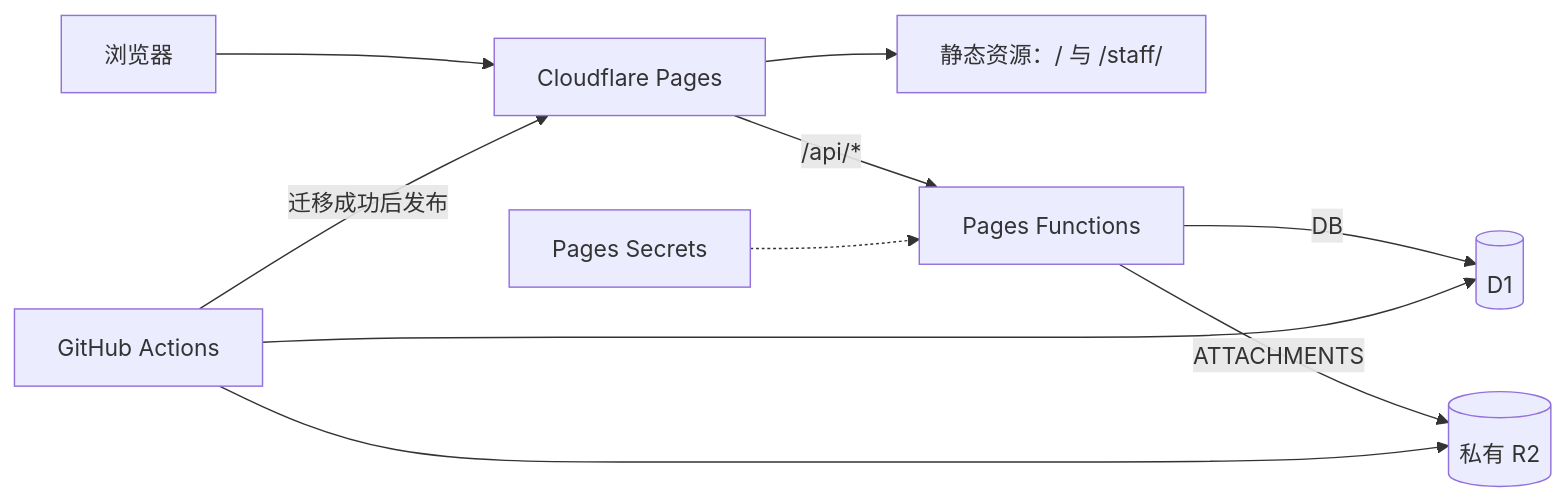
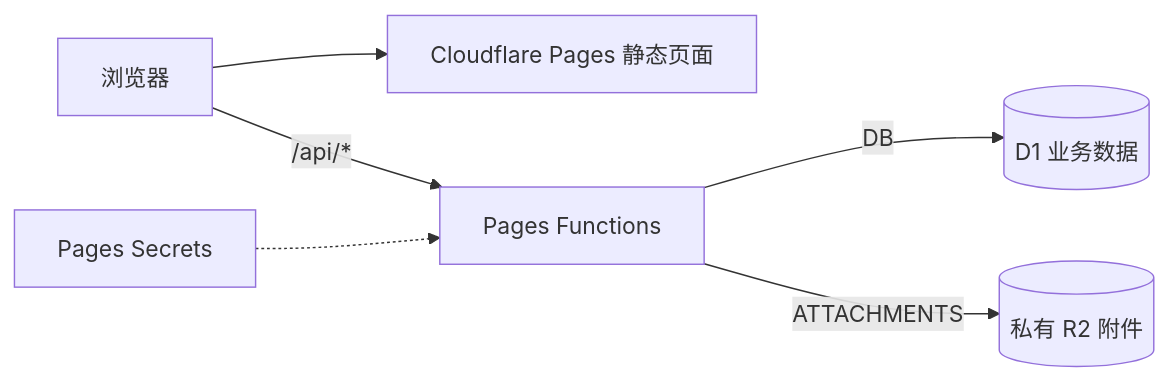
One commit to NEUP-Net-Depart/Pioneer-appointment-system changed the diagram in README.md. Above: the diagram before and after it, drawn with Mermaid. The commit also changed other lines of this file and 38 other files, not shown here.

````diff
--- a/README.md
+++ b/README.md
@@ -19,12 +9,8 @@
 ```mermaid
 flowchart LR
-  Browser[浏览器] --> Pages[Cloudflare Pages]
-  Pages --> Static[静态资源：/ 与 /staff/]
-  Pages -->|/api/*| Functions[Pages Functions]
-  Functions -->|DB| D1[(D1)]
-  Functions -->|ATTACHMENTS| R2[(私有 R2)]
+  Browser[浏览器] --> Pages[Cloudflare Pages 静态页面]
+  Browser -->|/api/*| Functions[Pages Functions]
+  Functions -->|DB| D1[(D1 业务数据)]
+  Functions -->|ATTACHMENTS| R2[(私有 R2 附件)]
   Secrets[Pages Secrets] -.-> Functions
-  Actions[GitHub Actions] --> D1
-  Actions -->|迁移成功后发布| Pages
-  Actions --> R2
 ```
````
